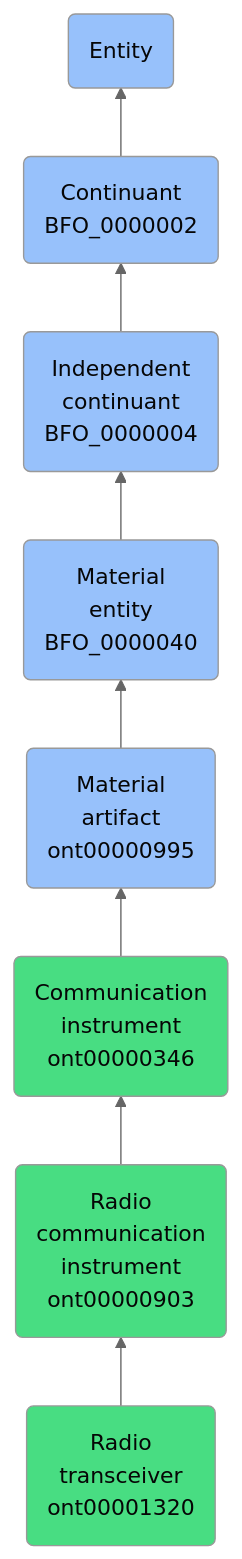
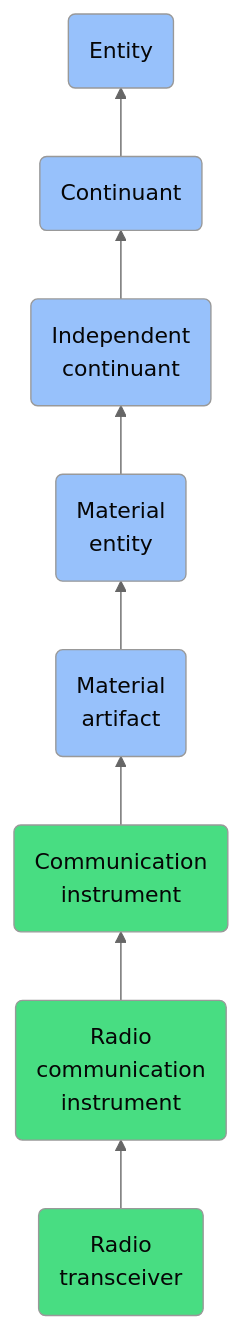
One commit to jupyter-naas/abi changed the diagram in docs/ontology/reference/model/Entity/Continuant/Independent continuant/Material entity/Material artifact/Communication instrument/Radio communication instrument/Radio transceiver/Radio transceiver.md. Above: the diagram before and after it, drawn with Mermaid (neutral theme). The commit also changed other lines of this file and 1430 other files, not shown here.

````diff
--- a/docs/ontology/reference/model/Entity/Continuant/Independent continuant/Material entity/Material artifact/Communication instrument/Radio communication instrument/Radio transceiver/Radio transceiver.md
+++ b/docs/ontology/reference/model/Entity/Continuant/Independent continuant/Material entity/Material artifact/Communication instrument/Radio communication instrument/Radio transceiver/Radio transceiver.md
@@ -24,15 +24,15 @@
 ```mermaid
 graph BT
-    ont00001320(Radio<br>transceiver<br>ont00001320):::ABI-->ont00000903
-    ont00000903(Radio<br>communication<br>instrument<br>ont00000903):::ABI-->ont00000346
-    ont00000346(Communication<br>instrument<br>ont00000346):::ABI-->ont00000995
-    ont00000995(Material<br>artifact<br>ont00000995):::BFO-->BFO_0000040
-    BFO_0000040(Material<br>entity<br>BFO_0000040):::BFO-->BFO_0000004
-    BFO_0000004(Independent<br>continuant<br>BFO_0000004):::BFO-->BFO_0000002
-    BFO_0000002(Continuant<br>BFO_0000002):::BFO-->BFO_0000001
+    ont00001320(Radio<br>transceiver):::ABI-->ont00000903
+    ont00000903(Radio<br>communication<br>instrument):::ABI-->ont00000346
+    ont00000346(Communication<br>instrument):::ABI-->ont00000995
+    ont00000995(Material<br>artifact):::BFO-->BFO_0000040
+    BFO_0000040(Material<br>entity):::BFO-->BFO_0000004
+    BFO_0000004(Independent<br>continuant):::BFO-->BFO_0000002
+    BFO_0000002(Continuant):::BFO-->BFO_0000001
     BFO_0000001(Entity):::BFO
     
     classDef BFO fill:#97c1fb,color:#060606
     classDef CCO fill:#e4c51e,color:#060606
     classDef ABI fill:#48DD82,color:#060606
 ```
````
